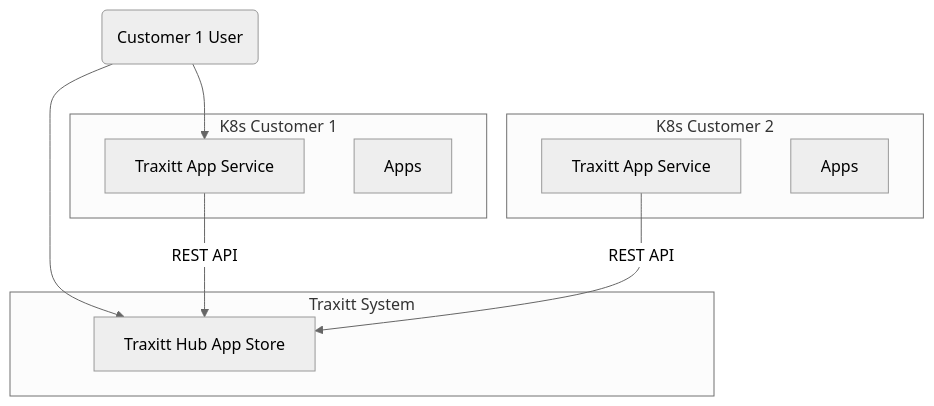
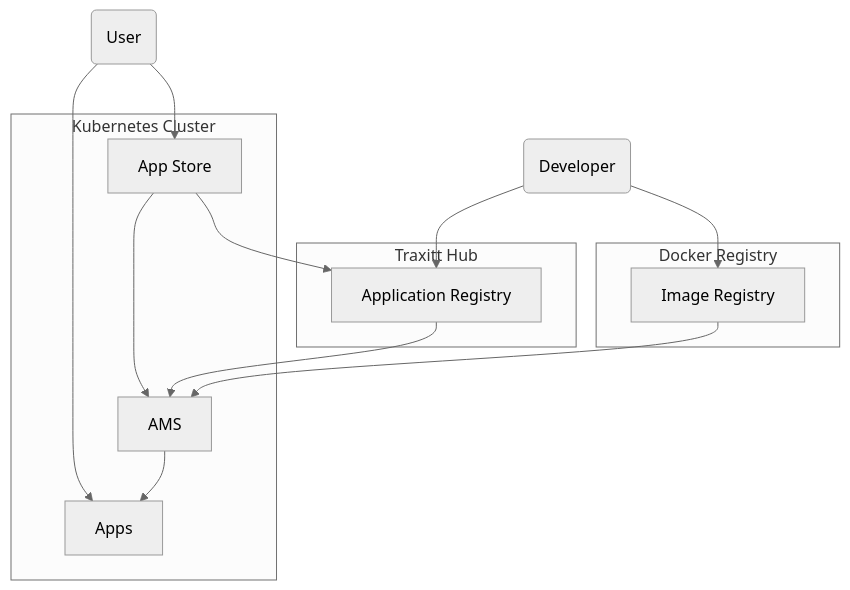
One commit to c6o/docs changed the diagram in content/app-service.md. Above: the diagram before and after it, drawn with Mermaid (neutral theme). The commit also changed other lines of this file and 1 other file, not shown here.

````diff
--- a/content/app-service.md
+++ b/content/app-service.md
@@ -25,20 +27,25 @@
 ```mermaid
 graph TB
-    user(Customer 1 User)
-    subgraph Traxitt System
-       hub[Traxitt Hub App Store]
+    user(User)
+    developer(Developer)
+    subgraph Traxitt Hub
+       hub[Application Registry]
     end
-    user-->tas1
-    user-->hub
-    tas1--REST API-->hub
-    tas2--REST API-->hub
-    subgraph K8s Customer 1
-        tas1[Traxitt App Service]
-        apps[Apps]
+    subgraph Docker Registry
+       docker[Image Registry]
     end
-    subgraph K8s Customer 2
-        tas2[Traxitt App Service]
-        apps2[Apps]
-
+    subgraph Kubernetes Cluster
+        ams1[AMS]
+        as1[App Store]
+        app1[Apps]
     end
+    user-->as1
+    user-->app1
+    developer-->hub
+    developer-->docker
+    as1-->ams1
+    ams1-->app1
+    as1-->hub
+    hub-->ams1
+    docker-->ams1
 ```
````
